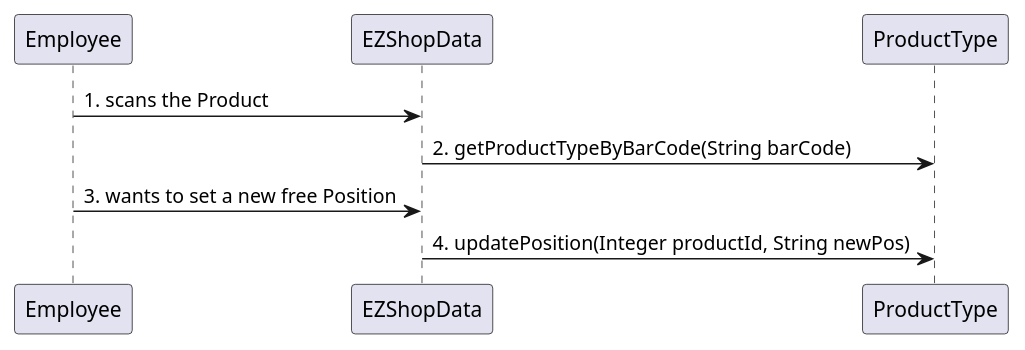
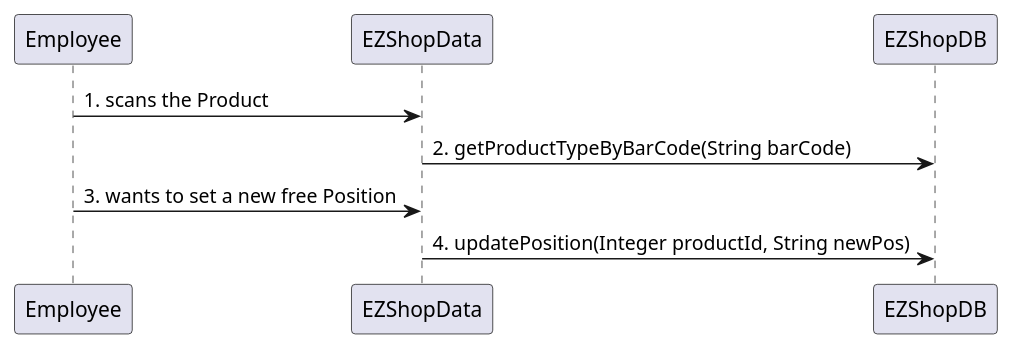
The fourth of 31 diagrams in Deliverables/DesignDocument.md (djemar/softeng_ezshop), drawn with PlantUML before and after one commit. The commit also changed other lines of this file, not shown here.

Commit message:
modified Verification sequence diagrams

````diff
--- a/Deliverables/DesignDocument.md
+++ b/Deliverables/DesignDocument.md
@@ -283,6 +286,6 @@
 ```plantuml
 "Employee" -> "EZShopData": 1. scans the Product
-"EZShopData" -> "ProductType" : 2. getProductTypeByBarCode(String barCode)
+"EZShopData" -> "EZShopDB" : 2. getProductTypeByBarCode(String barCode)
 "Employee" -> "EZShopData": 3. wants to set a new free Position
-"EZShopData" -> "ProductType": 4. updatePosition(Integer productId, String newPos)
+"EZShopData" -> "EZShopDB": 4. updatePosition(Integer productId, String newPos)
 ```
````
